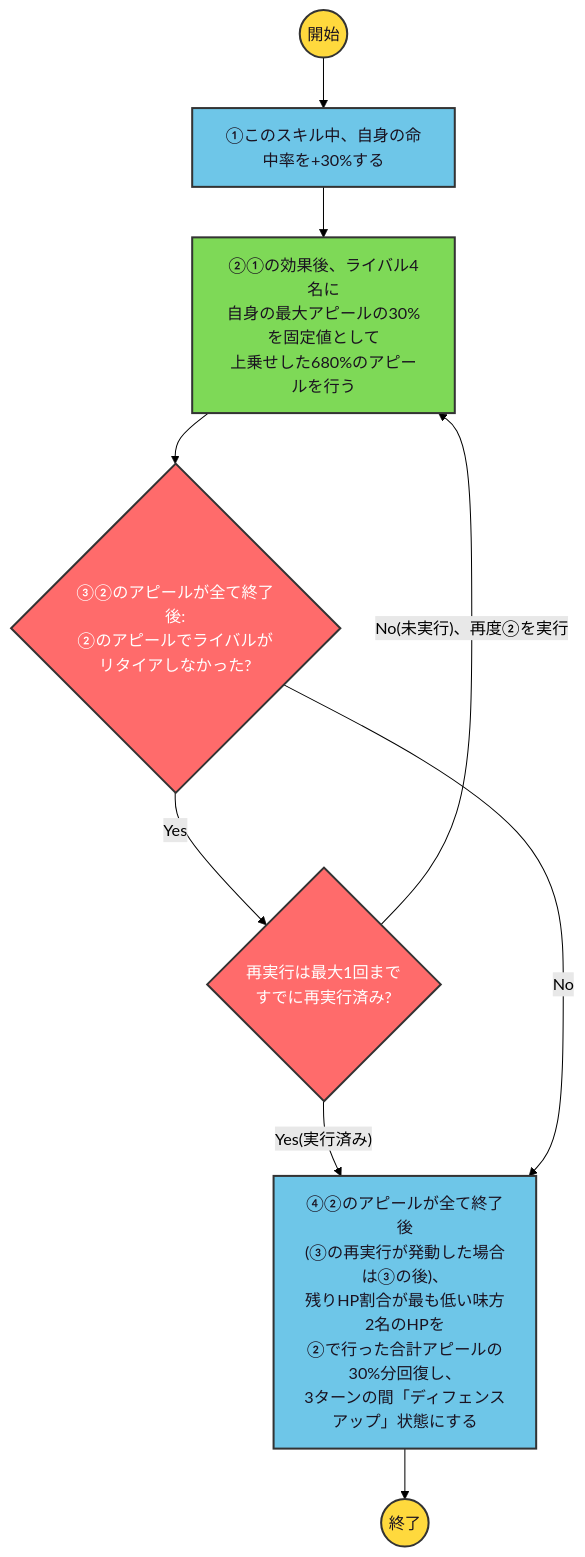
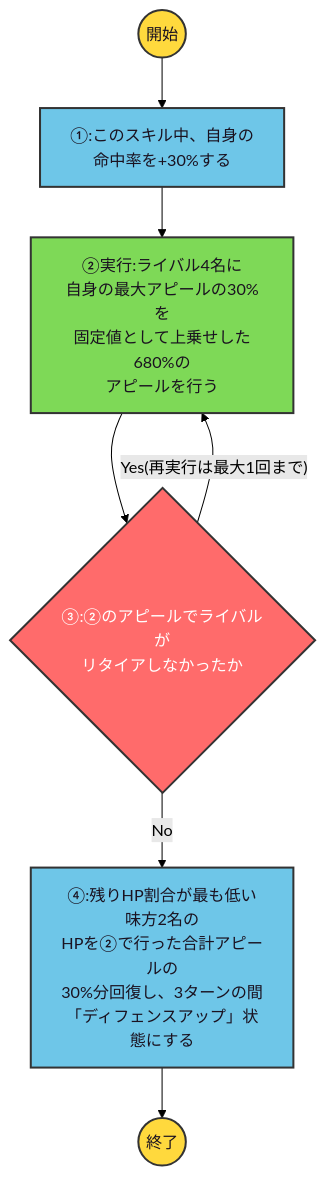
Before and after one commit to ryomochi0918/nogifra-characters: the diagram in data/okoshi_hinano/kaerimichihatoomawarishitakunaru_skill2.mmd, drawn with Mermaid (forest theme). The commit also changed 763 other files, not shown here.

```diff
--- a/data/okoshi_hinano/kaerimichihatoomawarishitakunaru_skill2.mmd
+++ b/data/okoshi_hinano/kaerimichihatoomawarishitakunaru_skill2.mmd
@@ -1,17 +1,12 @@
 flowchart TD
     classDef startend fill:#FFD93D,stroke:#333,stroke-width:2px,color:#1a1220;
     classDef cond fill:#FF6B6B,stroke:#333,stroke-width:2px,color:#ffffff;
     classDef effect fill:#6EC6E8,stroke:#333,stroke-width:2px,color:#1a1220;
     classDef action fill:#7ED957,stroke:#333,stroke-width:2px,color:#1a1220;
 
-    start(("開始")):::startend --> s1["①このスキル中、自身の命中率を+30%する"]:::effect
-    s1 --> s2["②①の効果後、ライバル4名に<br/>自身の最大アピールの30%を固定値として<br/>上乗せした680%のアピールを行う"]:::action
-
-    s2 --> c3{"③②のアピールが全て終了後:<br/>②のアピールでライバルが<br/>リタイアしなかった?"}:::cond
-    c3 -->|"Yes"| c3b{"再実行は最大1回まで<br/>すでに再実行済み?"}:::cond
-    c3b -->|"No(未実行)、再度②を実行"| s2
-    c3b -->|"Yes(実行済み)"| s4
-    c3 -->|"No"| s4
-
-    s4["④②のアピールが全て終了後<br/>(③の再実行が発動した場合は③の後)、<br/>残りHP割合が最も低い味方2名のHPを<br/>②で行った合計アピールの30%分回復し、<br/>3ターンの間「ディフェンスアップ」状態にする"]:::effect
-    s4 --> finish(("終了")):::startend
+    start(("開始")):::startend --> e1["①:このスキル中、自身の<br/>命中率を+30%する"]:::effect
+    e1 --> a2["②実行:ライバル4名に<br/>自身の最大アピールの30%を<br/>固定値として上乗せした680%の<br/>アピールを行う"]:::action
+    a2 --> c3{"③:②のアピールでライバルが<br/>リタイアしなかったか"}:::cond
+    c3 -->|"Yes(再実行は最大1回まで)"| a2
+    c3 -->|"No"| e4["④:残りHP割合が最も低い味方2名の<br/>HPを②で行った合計アピールの<br/>30%分回復し、3ターンの間<br/>「ディフェンスアップ」状態にする"]:::effect
+    e4 --> finish(("終了")):::startend
```
